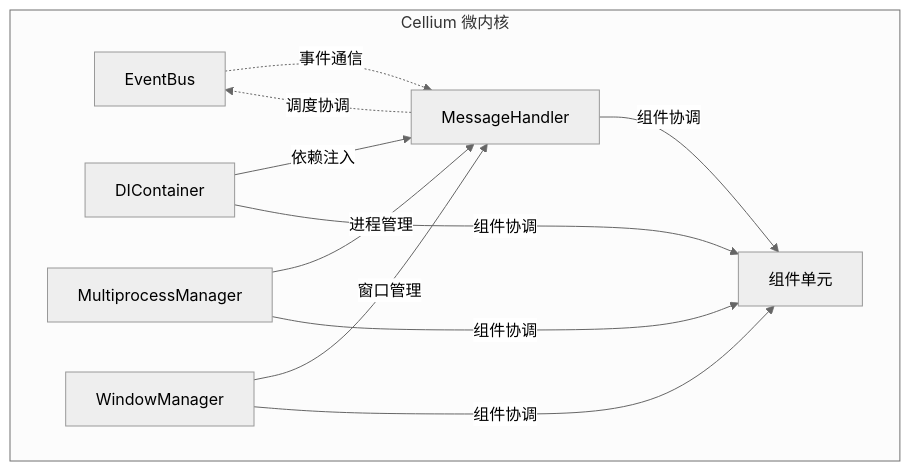
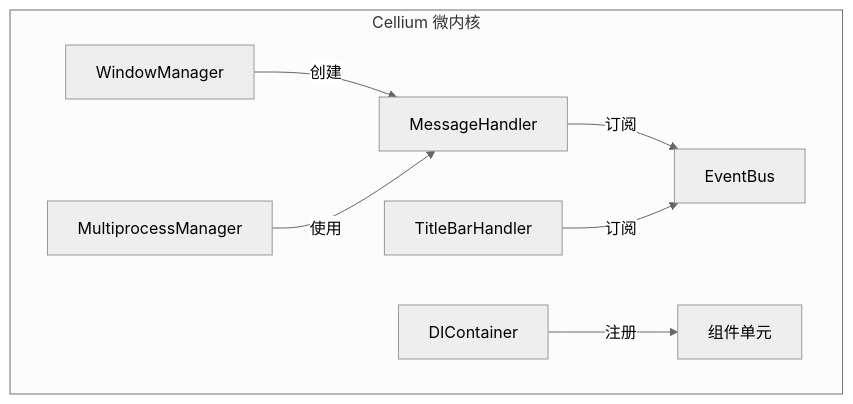
One commit to Cellium-Project/Cellium changed the fourth of 4 diagrams in README.md. Above: the diagram before and after it, drawn with Mermaid (neutral theme). The commit also changed 2 other files, not shown here.

Commit message:
docs: 更新架构图和事件类型注释
- 在架构图中添加TitleBarHandler并调整组件关系
- 简化事件类型枚举的注释
- 同步更新英文版README

````diff
--- a/README.md
+++ b/README.md
@@ -397,20 +397,18 @@
 ```mermaid
 flowchart TB
     subgraph Kernel["Cellium 微内核"]
         EB["EventBus"]
         MH["MessageHandler"]
         DI["DIContainer"]
         MP["MultiprocessManager"]
         WM["WindowManager"]
+        TB["TitleBarHandler"]
         Components["组件单元"]
     end
 
-    MH -.->|"调度协调"| EB
-    EB -.->|"事件通信"| MH
-
-    DI -->|"依赖注入"| MH
-    MP -->|"进程管理"| MH
-    WM -->|"窗口管理"| MH
-
-    MH & DI & MP & WM -->|"组件协调"| Components
+    WM -->|"创建"| MH
+    MH -->|"订阅"| EB
+    TB -->|"订阅"| EB
+    MP -->|"使用"| MH
+    DI -->|"注册"| Components
 ```
````
